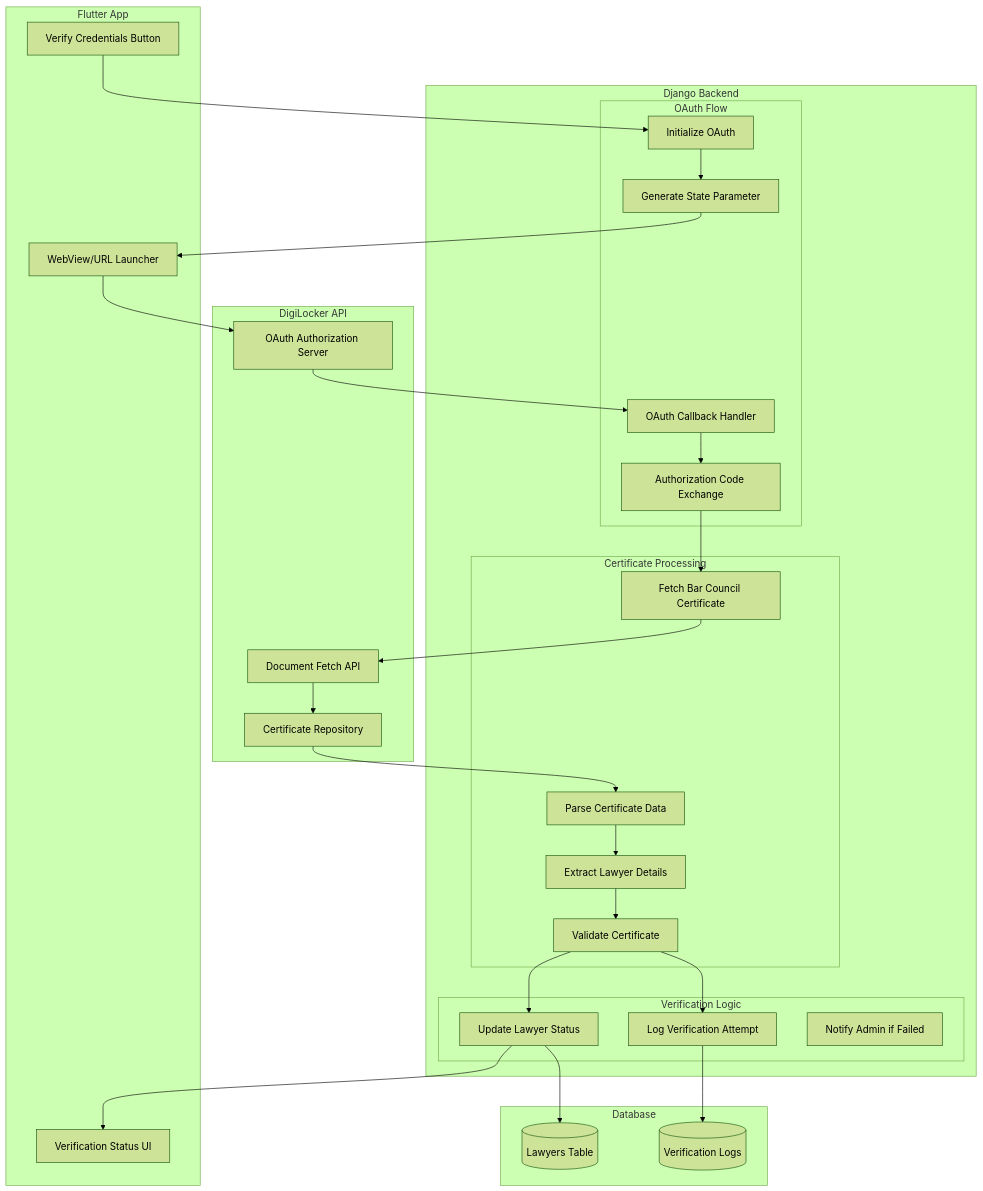
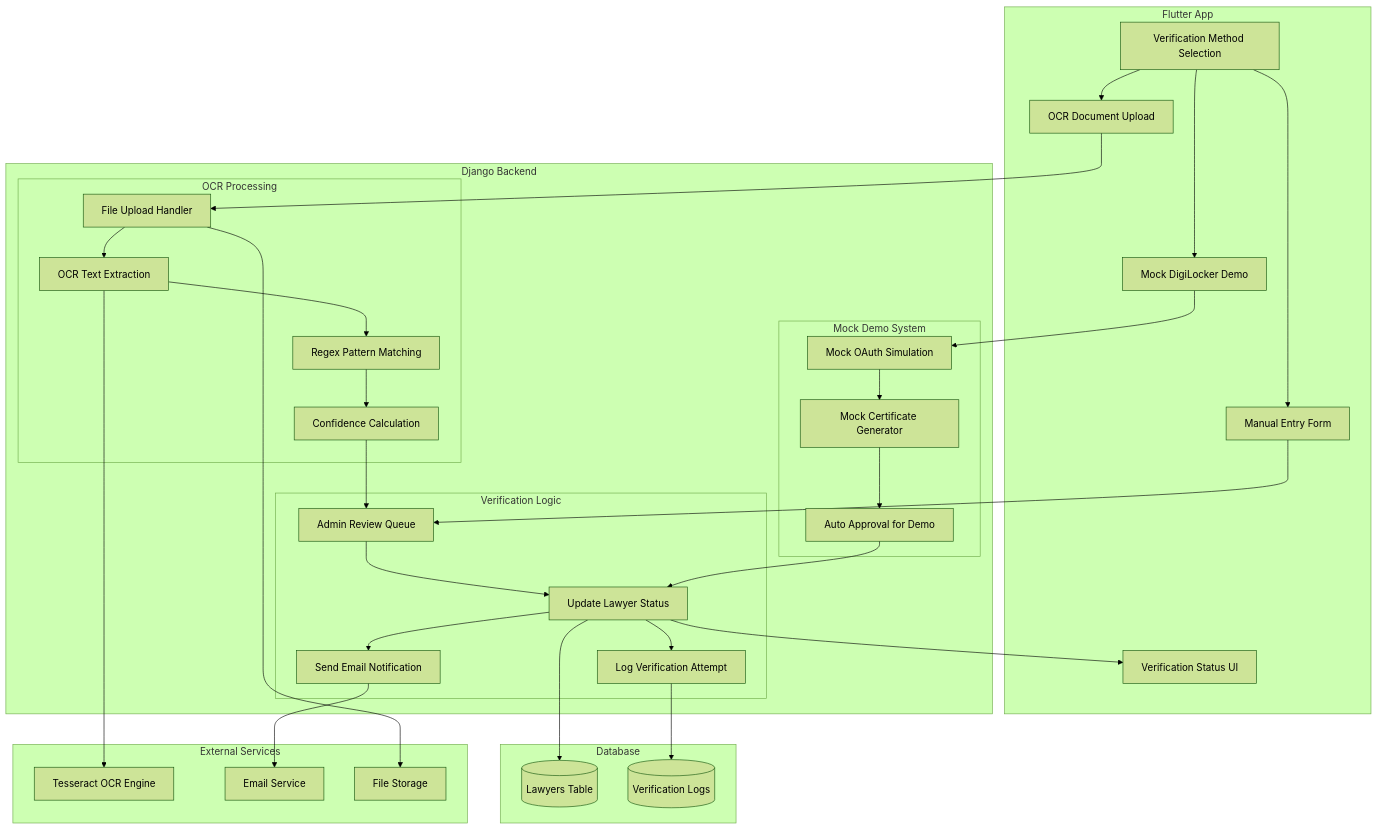
Before and after one commit to Nachiket2004/Judiciary_System: the fourth of 14 diagrams in .kiro/specs/ai-judiciary-platform/architecture-diagrams.md, drawn with Mermaid (forest theme). The commit also changed other lines of this file, not shown here.

Commit message:
Digi changes

````diff
--- a/.kiro/specs/ai-judiciary-platform/architecture-diagrams.md
+++ b/.kiro/specs/ai-judiciary-platform/architecture-diagrams.md
@@ -178,59 +182,71 @@
 ```mermaid
 graph TB
     subgraph "Flutter App"
-        VERIFY_BTN[Verify Credentials Button]
-        WEBVIEW[WebView/URL Launcher]
+        VERIFY_CHOICE[Verification Method Selection]
+        OCR_UPLOAD[OCR Document Upload]
+        MOCK_DEMO[Mock DigiLocker Demo]
+        MANUAL_FORM[Manual Entry Form]
         STATUS_UI[Verification Status UI]
     end
     
     subgraph "Django Backend"
-        subgraph "OAuth Flow"
-            AUTH_INIT[Initialize OAuth]
-            STATE_GEN[Generate State Parameter]
-            CALLBACK[OAuth Callback Handler]
-            TOKEN_EXCHANGE[Authorization Code Exchange]
+        subgraph "OCR Processing"
+            FILE_UPLOAD[File Upload Handler]
+            OCR_EXTRACT[OCR Text Extraction]
+            REGEX_PARSE[Regex Pattern Matching]
+            CONFIDENCE_CALC[Confidence Calculation]
         end
         
-        subgraph "Certificate Processing"
-            CERT_FETCH[Fetch Bar Council Certificate]
-            CERT_PARSE[Parse Certificate Data]
-            EXTRACT_INFO[Extract Lawyer Details]
-            VALIDATE[Validate Certificate]
+        subgraph "Mock Demo System"
+            MOCK_OAUTH[Mock OAuth Simulation]
+            MOCK_CERT[Mock Certificate Generator]
+            AUTO_APPROVE[Auto Approval for Demo]
         end
         
         subgraph "Verification Logic"
+            ADMIN_QUEUE[Admin Review Queue]
             UPDATE_STATUS[Update Lawyer Status]
             LOG_ATTEMPT[Log Verification Attempt]
-            NOTIFY_ADMIN[Notify Admin if Failed]
+            SEND_NOTIFICATION[Send Email Notification]
         end
     end
     
-    subgraph "DigiLocker API"
-        OAUTH_SERVER[OAuth Authorization Server]
-        DOCUMENT_API[Document Fetch API]
-        CERTIFICATE_STORE[Certificate Repository]
+    subgraph "External Services"
+        TESSERACT[Tesseract OCR Engine]
+        EMAIL_SVC[Email Service]
+        FILE_STORE[File Storage]
     end
     
     subgraph "Database"
         LAWYER_TABLE[(Lawyers Table)]
         VERIFICATION_LOG[(Verification Logs)]
     end
     
-    VERIFY_BTN --> AUTH_INIT
-    AUTH_INIT --> STATE_GEN
-    STATE_GEN --> WEBVIEW
-    WEBVIEW --> OAUTH_SERVER
-    OAUTH_SERVER --> CALLBACK
-    CALLBACK --> TOKEN_EXCHANGE
-    TOKEN_EXCHANGE --> CERT_FETCH
-    CERT_FETCH --> DOCUMENT_API
-    DOCUMENT_API --> CERTIFICATE_STORE
-    CERTIFICATE_STORE --> CERT_PARSE
-    CERT_PARSE --> EXTRACT_INFO
-    EXTRACT_INFO --> VALIDATE
-    VALIDATE --> UPDATE_STATUS
+    VERIFY_CHOICE --> OCR_UPLOAD
+    VERIFY_CHOICE --> MOCK_DEMO
+    VERIFY_CHOICE --> MANUAL_FORM
+    
+    OCR_UPLOAD --> FILE_UPLOAD
+    FILE_UPLOAD --> OCR_EXTRACT
+    OCR_EXTRACT --> TESSERACT
+    OCR_EXTRACT --> REGEX_PARSE
+    REGEX_PARSE --> CONFIDENCE_CALC
+    CONFIDENCE_CALC --> ADMIN_QUEUE
+    
+    MOCK_DEMO --> MOCK_OAUTH
+    MOCK_OAUTH --> MOCK_CERT
+    MOCK_CERT --> AUTO_APPROVE
+    
+    MANUAL_FORM --> ADMIN_QUEUE
+    
+    ADMIN_QUEUE --> UPDATE_STATUS
+    AUTO_APPROVE --> UPDATE_STATUS
     UPDATE_STATUS --> LAWYER_TABLE
-    VALIDATE --> LOG_ATTEMPT
+    UPDATE_STATUS --> LOG_ATTEMPT
     LOG_ATTEMPT --> VERIFICATION_LOG
+    UPDATE_STATUS --> SEND_NOTIFICATION
+    SEND_NOTIFICATION --> EMAIL_SVC
+    FILE_UPLOAD --> FILE_STORE
+    
     UPDATE_STATUS --> STATUS_UI
 ```
````
